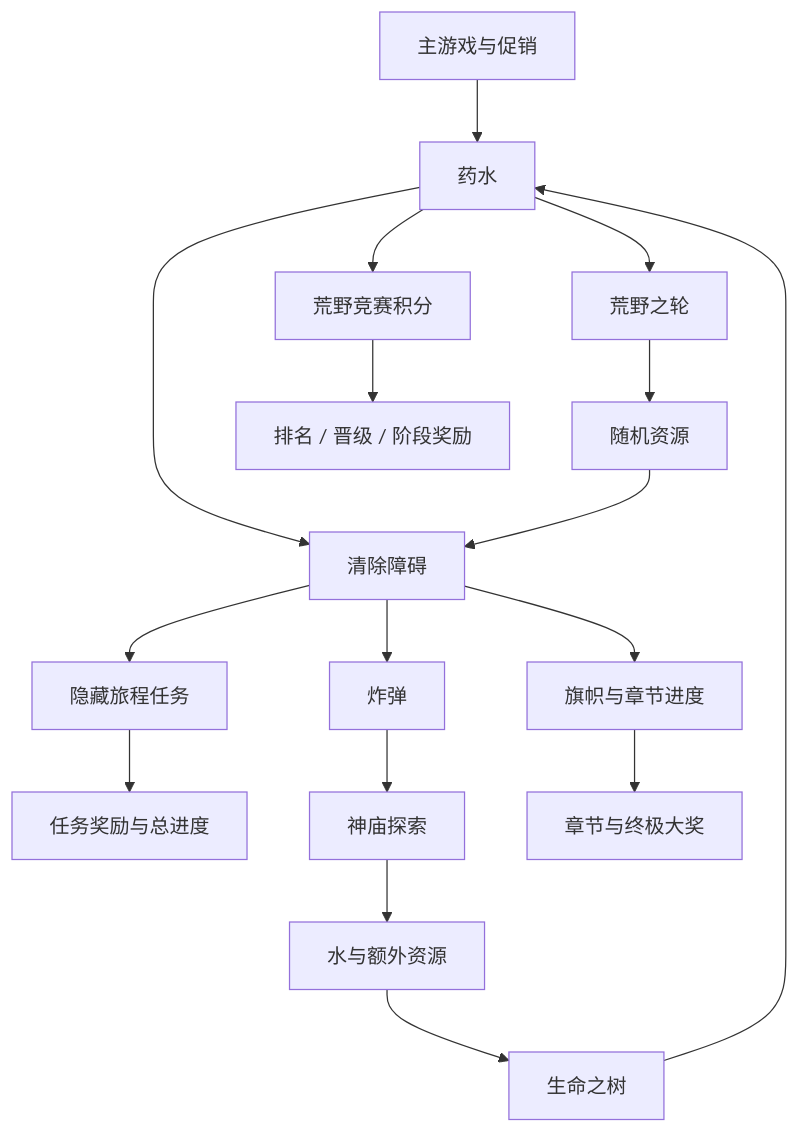
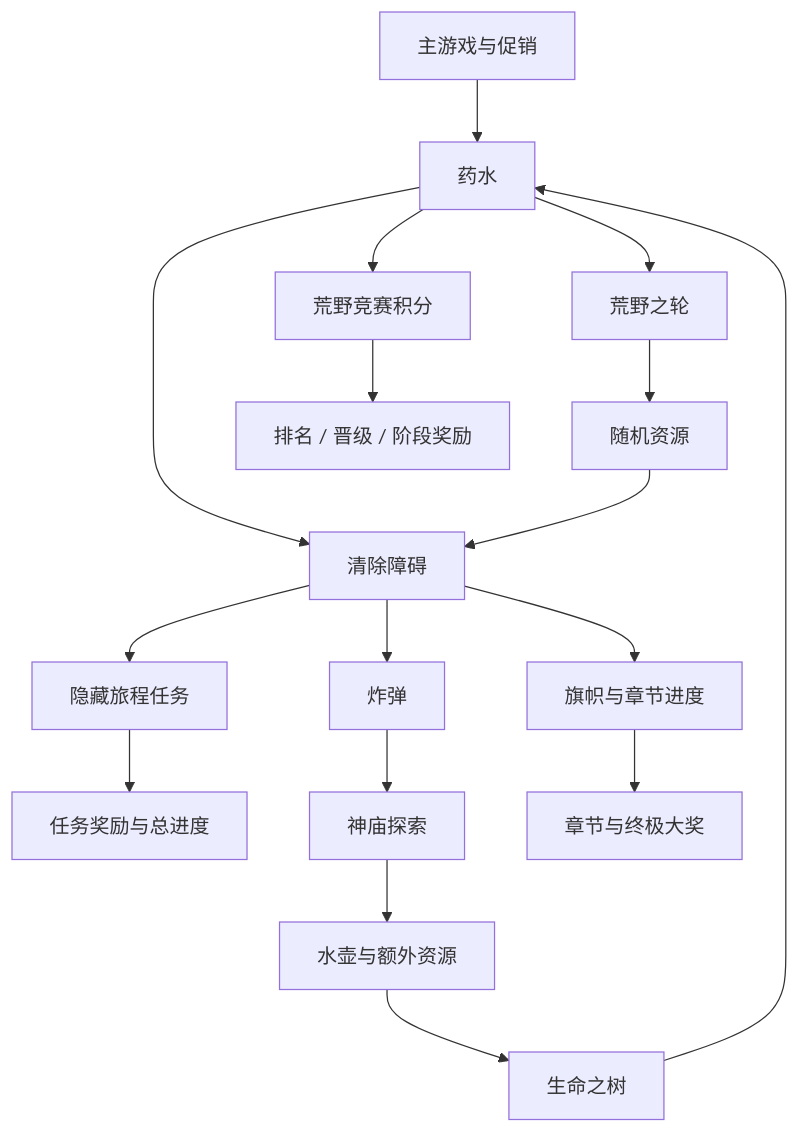
The first of 8 diagrams in wildland-adventure-report.md (fantasticdzw/Coin-Master-Teardown), drawn with Mermaid before and after one commit. The commit also changed other lines of this file, not shown here.

````diff
--- a/wildland-adventure-report.md
+++ b/wildland-adventure-report.md
@@ -29,19 +28,19 @@
 ```mermaid
 flowchart TD
     A[主游戏与促销] --> P[药水]
     P --> M[清除障碍]
     M --> F[旗帜与章节进度]
     M --> B[炸弹]
     M --> J[隐藏旅程任务]
     J --> JR[任务奖励与总进度]
     B --> T[神庙探索]
-    T --> W[水与额外资源]
+    T --> W[水壶与额外资源]
     W --> L[生命之树]
     L --> P
     P --> WH[荒野之轮]
     WH --> X[随机资源]
     X --> M
     P --> R[荒野竞赛积分]
     R --> RR[排名 / 晋级 / 阶段奖励]
     F --> ER[章节与终极大奖]
 ```
````
